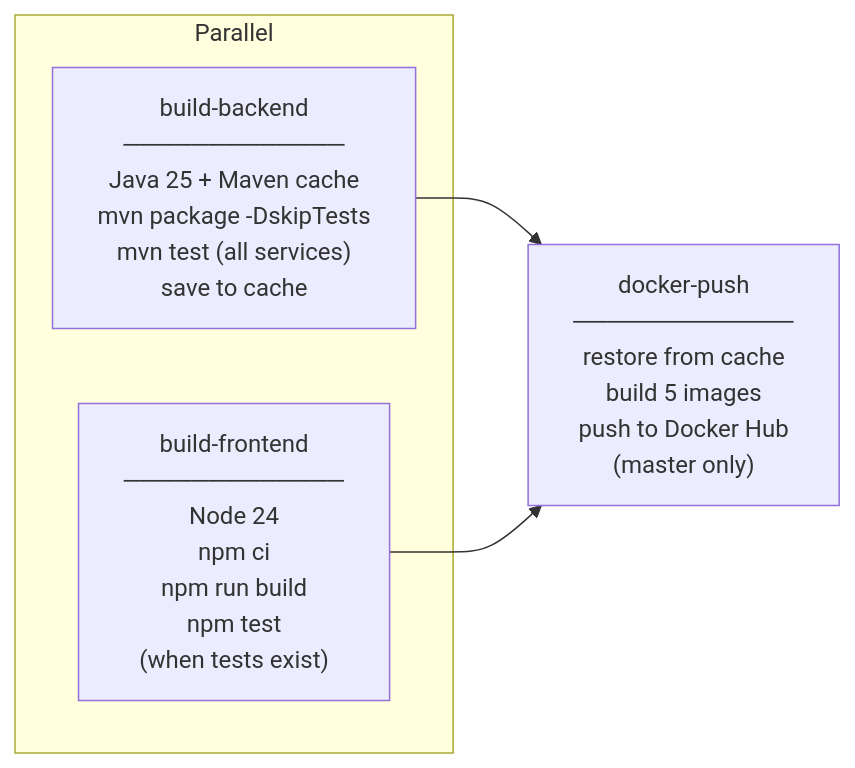
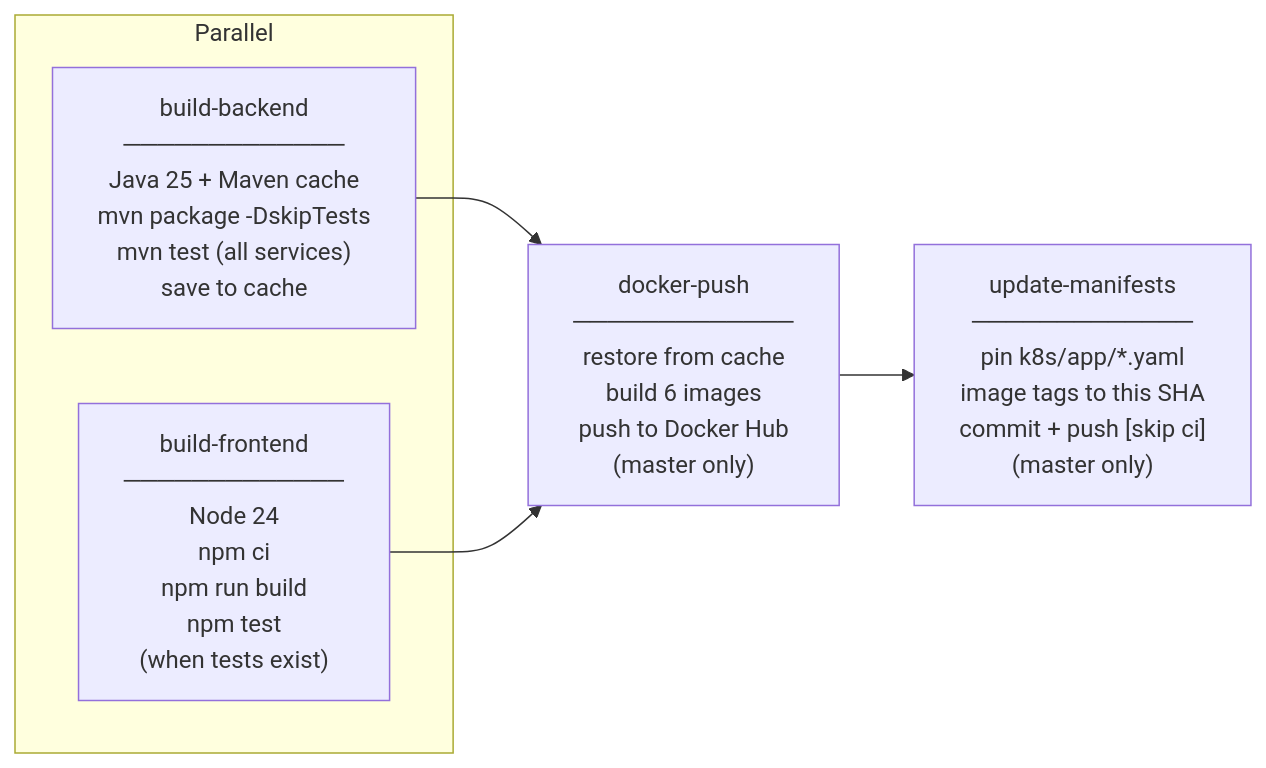
Before and after one commit to panryba/shopflow: the second of 2 diagrams in README.md, drawn with Mermaid. The commit also changed other lines of this file and 12 other files, not shown here.

````diff
--- a/README.md
+++ b/README.md
@@ -467,12 +470,15 @@
 ```mermaid
 graph LR
     subgraph parallel["Parallel"]
         B["build-backend<br/>─────────────<br/>Java 25 + Maven cache<br/>mvn package -DskipTests<br/>mvn test (all services)<br/>save to cache"]
         F["build-frontend<br/>─────────────<br/>Node 24<br/>npm ci<br/>npm run build<br/>npm test<br/>(when tests exist)"]
     end
 
-    D["docker-push<br/>─────────────<br/>restore from cache<br/>build 5 images<br/>push to Docker Hub<br/>(master only)"]
+    D["docker-push<br/>─────────────<br/>restore from cache<br/>build 6 images<br/>push to Docker Hub<br/>(master only)"]
+
+    U["update-manifests<br/>─────────────<br/>pin k8s/app/*.yaml<br/>image tags to this SHA<br/>commit + push [skip ci]<br/>(master only)"]
 
     B --> D
     F --> D
+    D --> U
 ```
````
